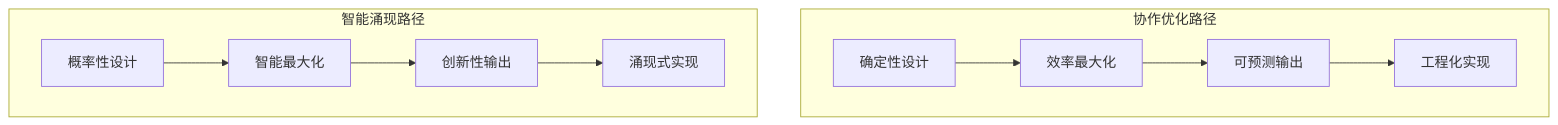
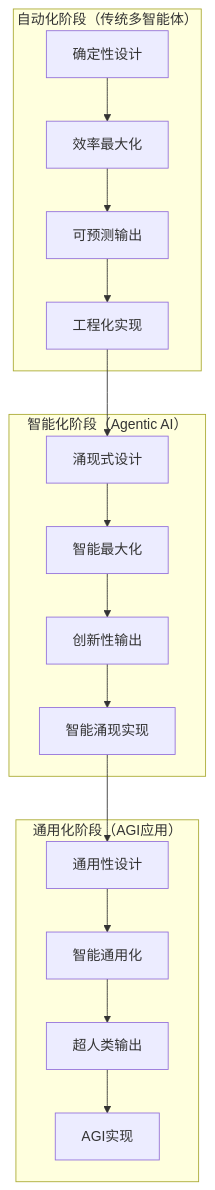
Before and after one commit to youyoude/agi-app-dev-guide-book: the first of 14 diagrams in 前言部分/从多智能体到AGI应用概念探索.md, drawn with Mermaid. The commit also changed other lines of this file, not shown here.

````diff
--- a/前言部分/从多智能体到AGI应用概念探索.md
+++ b/前言部分/从多智能体到AGI应用概念探索.md
@@ -126,14 +123,23 @@
 ```mermaid
 graph TB
-    subgraph "协作优化路径"
+    subgraph "自动化阶段（传统多智能体）"
         A1[确定性设计] --> B1[效率最大化]
         B1 --> C1[可预测输出]
         C1 --> D1[工程化实现]
     end
     
-    subgraph "智能涌现路径"
-        A2[概率性设计] --> B2[智能最大化]
+    subgraph "智能化阶段（Agentic AI）"
+        A2[涌现式设计] --> B2[智能最大化]
         B2 --> C2[创新性输出]
-        C2 --> D2[涌现式实现]
+        C2 --> D2[智能涌现实现]
     end
+    
+    subgraph "通用化阶段（AGI应用）"
+        A3[通用性设计] --> B3[智能通用化]
+        B3 --> C3[超人类输出]
+        C3 --> D3[AGI实现]
+    end
+    
+    D1 --> A2
+    D2 --> A3
 ```
````
